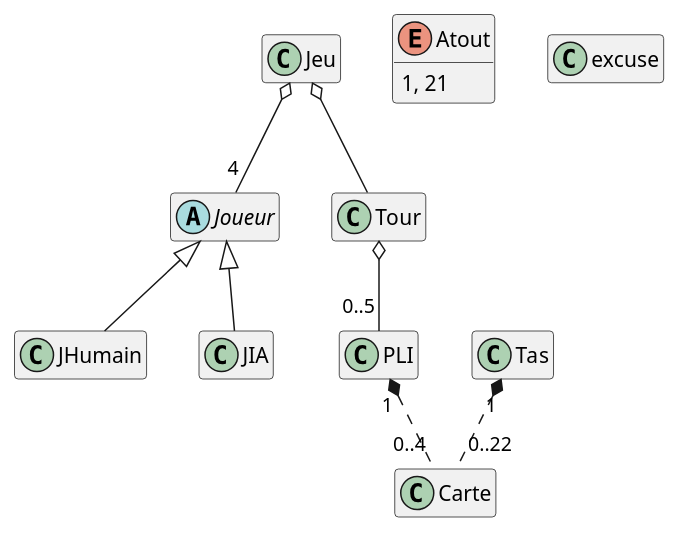
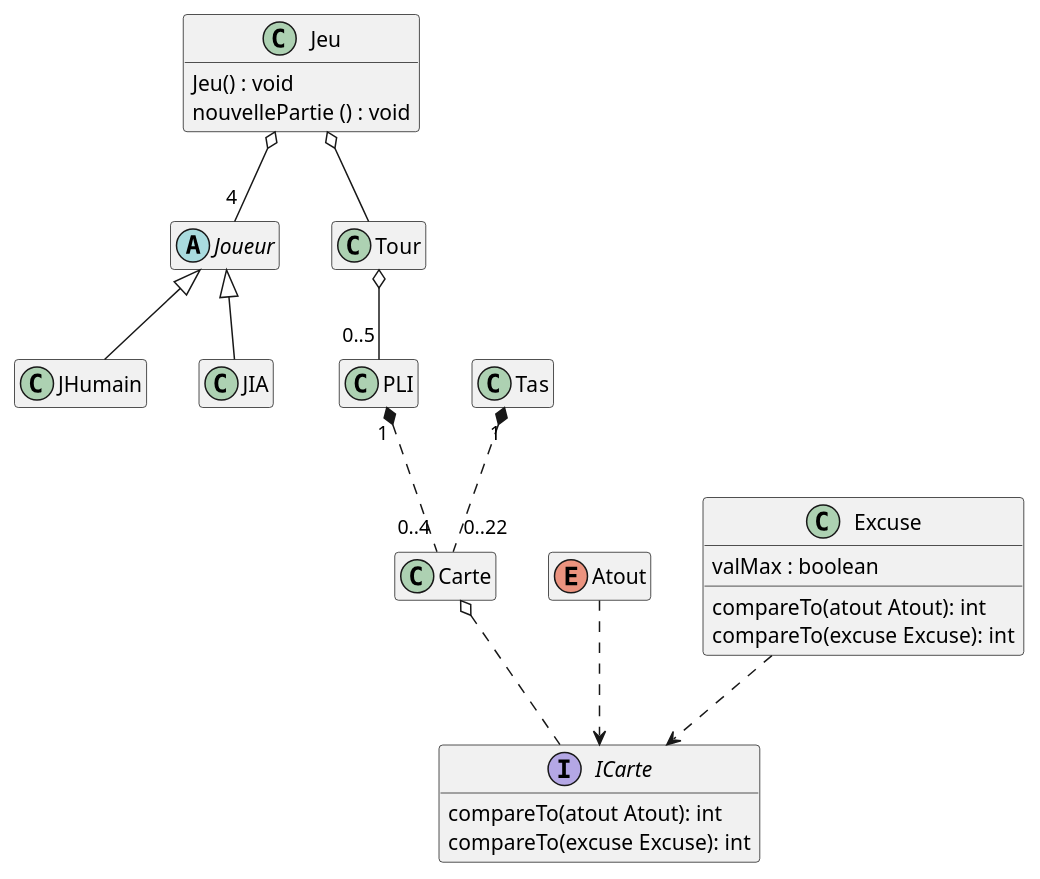
The diagram in TarotAfricain.puml (BenjaminC62/Tarot-Africain), drawn with PlantUML before and after one commit.

```diff
--- a/TarotAfricain.puml
+++ b/TarotAfricain.puml
@@ -1,58 +1,73 @@
 @startuml
 
 'pour cacher les attributs dans les diff class'
 hide empty members
 
 abstract class Joueur {
 
 }
 
 class Carte {
 
 }
 
 class Jeu {
-
+    Jeu() : void
+    nouvellePartie () : void
+    
 }
 
 class PLI {
 
 }
 
 class Tas {
 
 }
 
 class Tour {
 
 }
 
 enum Atout {
-1, 21
+
 }
 
 class JHumain {
 
 }
 
 class JIA {
 
 }
 
-class excuse {
+class Excuse {
+    valMax : boolean
+    compareTo(atout Atout): int
+    compareTo(excuse Excuse): int
+}
+
+interface ICarte {
+
+    compareTo(atout Atout): int
+    compareTo(excuse Excuse): int
 
 }
 
 
 PLI "1" *.. "0..4" Carte
 Tas "1" *.. "0..22" Carte
 
 Joueur <|-- JHumain
 Joueur <|-- JIA
 
 Tour o-- "0..5" PLI
 Jeu o-- "4" Joueur
 Jeu o-- Tour
 
+Atout ..> ICarte
+Excuse ..> ICarte
+Carte o.. ICarte
+
 
 @enduml
```
